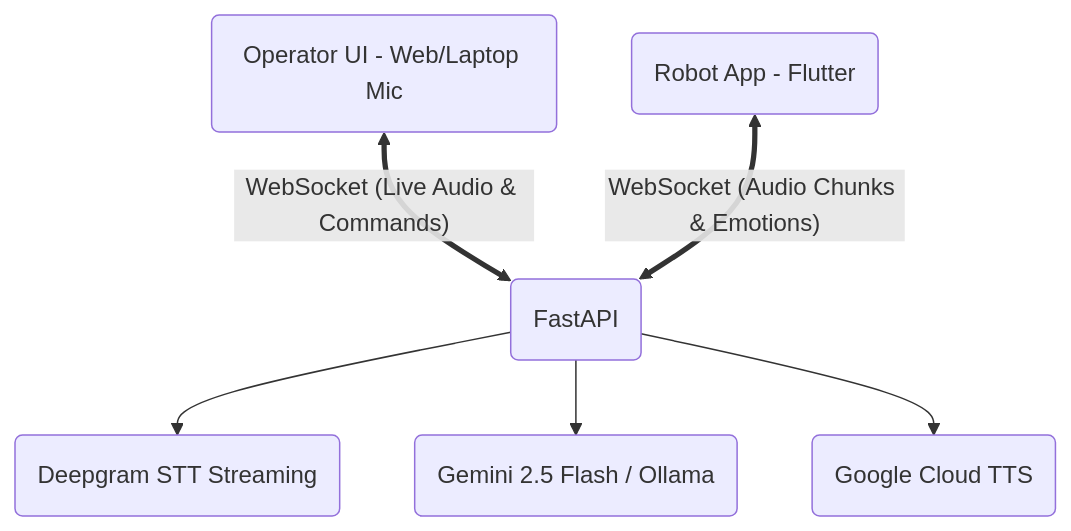
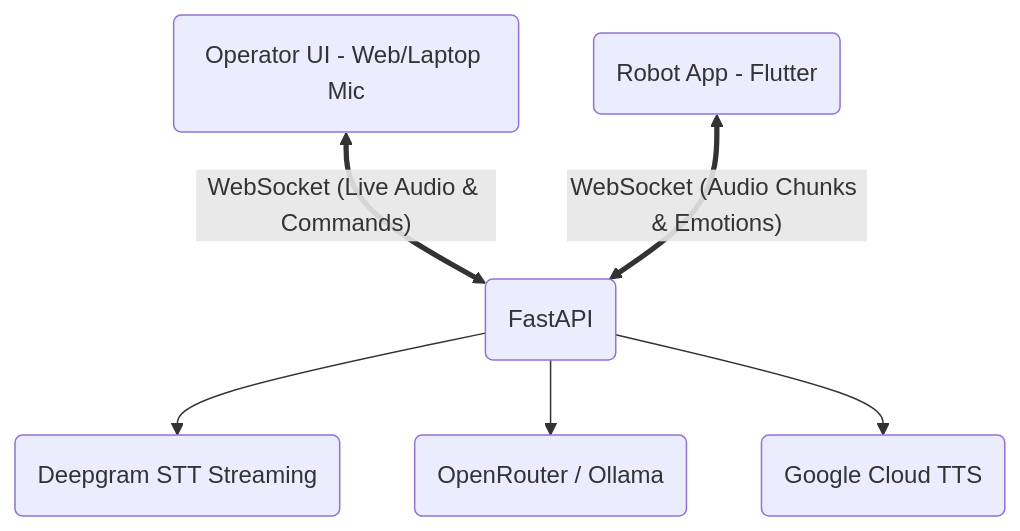
One commit to harrytien107/S-SOCRATES changed the diagram in README.md. Above: the diagram before and after it, drawn with Mermaid. The commit also changed other lines of this file and 11 other files, not shown here.

````diff
--- a/README.md
+++ b/README.md
@@ -23,9 +23,9 @@
 ```mermaid
 graph TD;
     Operator(Operator UI - Web/Laptop Mic) <== WebSocket (Live Audio & Commands) ==> Backend(FastAPI)
     Robot(Robot App - Flutter) <== WebSocket (Audio Chunks & Emotions) ==> Backend
     
     Backend --> STT(Deepgram STT Streaming)
-    Backend --> AI(Gemini 2.5 Flash / Ollama)
+    Backend --> AI(OpenRouter / Ollama)
     Backend --> TTS(Google Cloud TTS)
 ```
````
